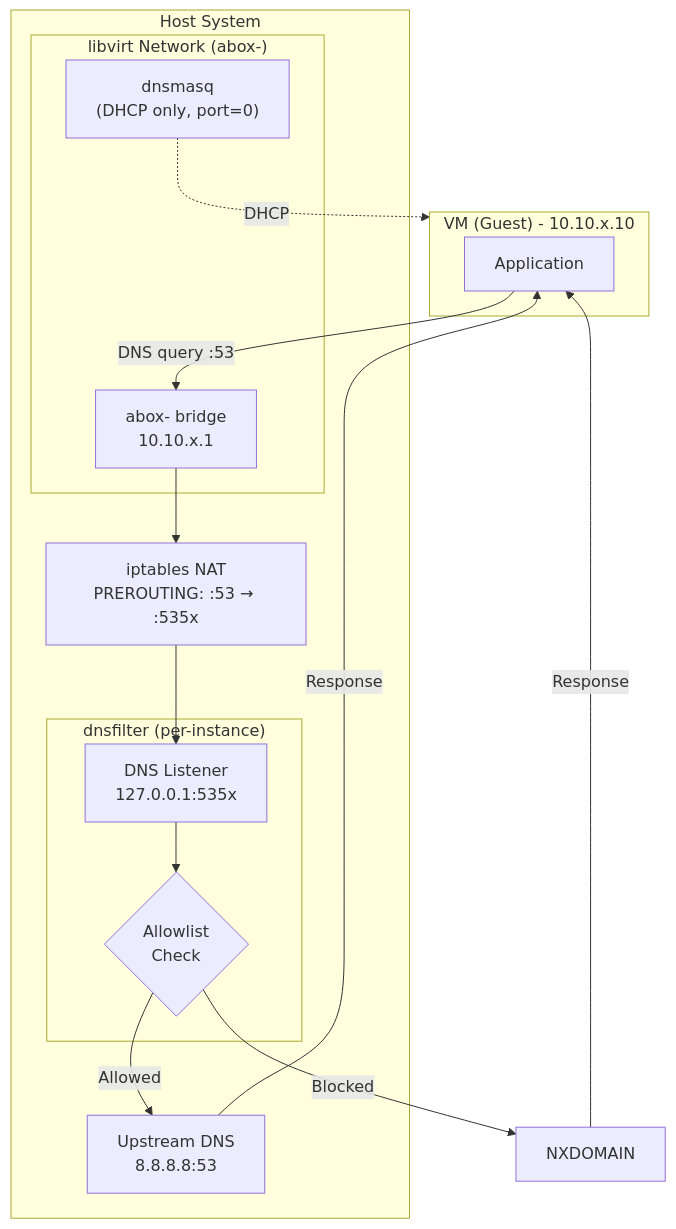
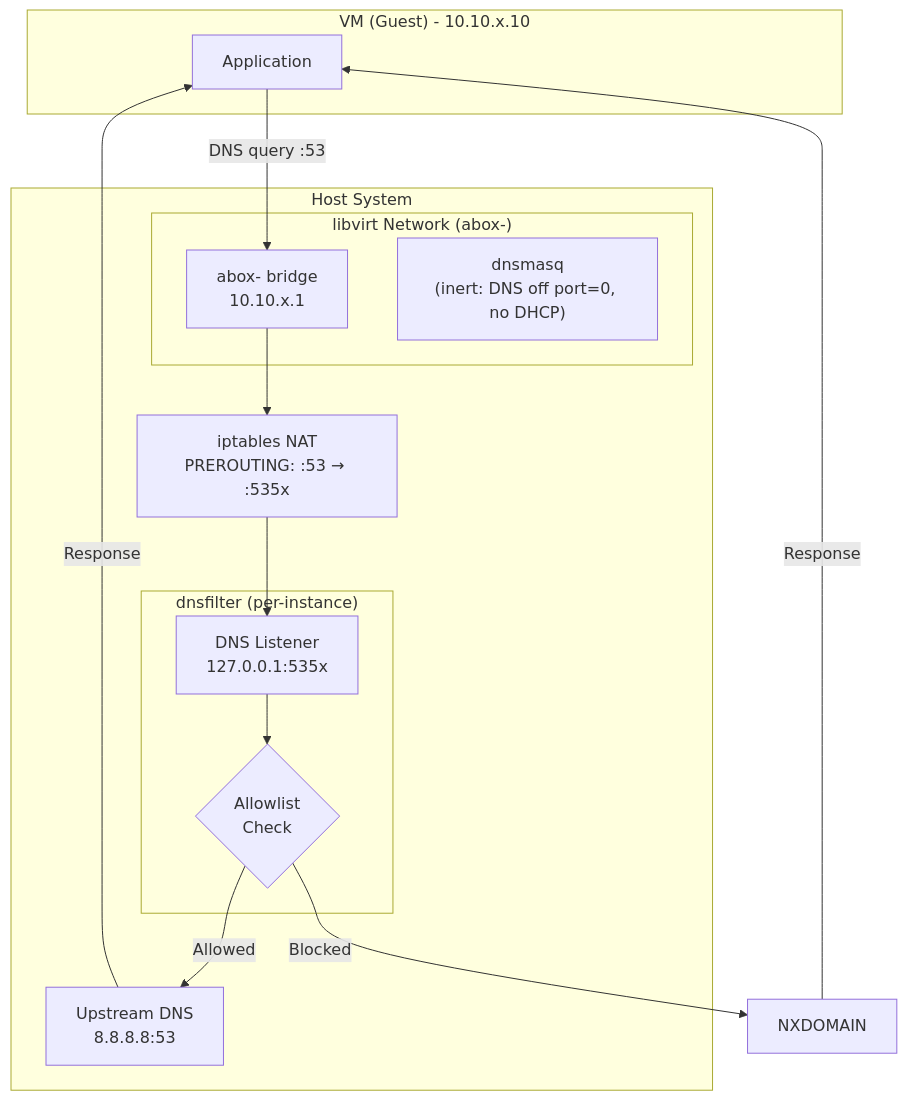
Before and after one commit to sandialabs/abox: the first of 4 diagrams in docs/filtering.md, drawn with Mermaid. The commit also changed other lines of this file and 451 other files, not shown here.

````diff
--- a/docs/filtering.md
+++ b/docs/filtering.md
@@ -15,32 +15,31 @@
 ```mermaid
 flowchart TB
     subgraph VM["VM (Guest) - 10.10.x.10"]
         app[Application]
     end
 
     subgraph Host["Host System"]
         subgraph libvirt["libvirt Network (abox-<name>)"]
             bridge["abox-<name> bridge<br/>10.10.x.1"]
-            dnsmasq["dnsmasq<br/>(DHCP only, port=0)"]
+            dnsmasq["dnsmasq<br/>(inert: DNS off port=0, no DHCP)"]
         end
 
         iptables["iptables NAT<br/>PREROUTING: :53 → :535x"]
 
         subgraph dnsfilter["dnsfilter (per-instance)"]
             listener["DNS Listener<br/>127.0.0.1:535x"]
             filter{Allowlist<br/>Check}
         end
 
         upstream["Upstream DNS<br/>8.8.8.8:53"]
     end
 
     app -->|"DNS query :53"| bridge
     bridge --> iptables
     iptables --> listener
     listener --> filter
     filter -->|Allowed| upstream
     filter -->|Blocked| nxdomain[NXDOMAIN]
     upstream -->|Response| app
     nxdomain -->|Response| app
-    dnsmasq -.->|DHCP| VM
 ```
````
